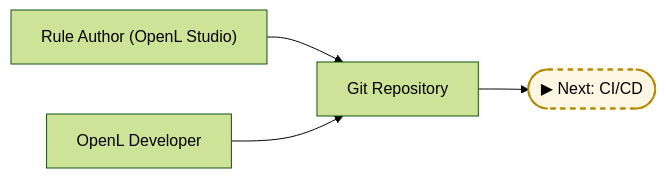
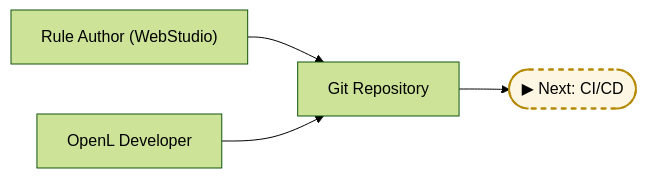
The first of 5 diagrams in Docs/configuration/deployment.md (openl-tablets/openl-tablets), drawn with Mermaid (forest theme) before and after one commit. The commit also changed other lines of this file and 15 other files, not shown here.

````diff
--- a/Docs/configuration/deployment.md
+++ b/Docs/configuration/deployment.md
@@ -36,8 +36,8 @@
 ```mermaid
 graph LR
     classDef handoff fill:#fdf6e3,stroke:#b58900,stroke-width:2px,stroke-dasharray: 5;
-    A1["Rule Author (OpenL Studio)"] --> B["Git Repository"]
+    A1["Rule Author (WebStudio)"] --> B["Git Repository"]
     A2["OpenL Developer"] --> B
     B --> OUT1(["▶ Next: CI/CD"])
     class OUT1 handoff;
 ```
````
